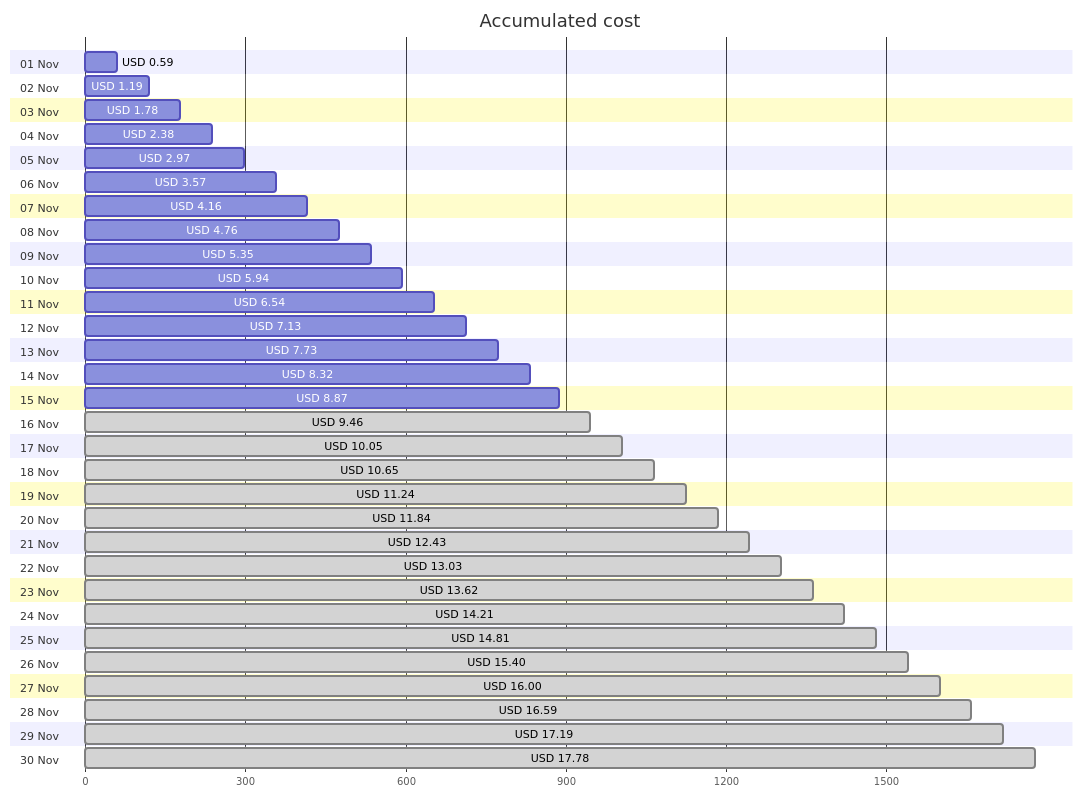
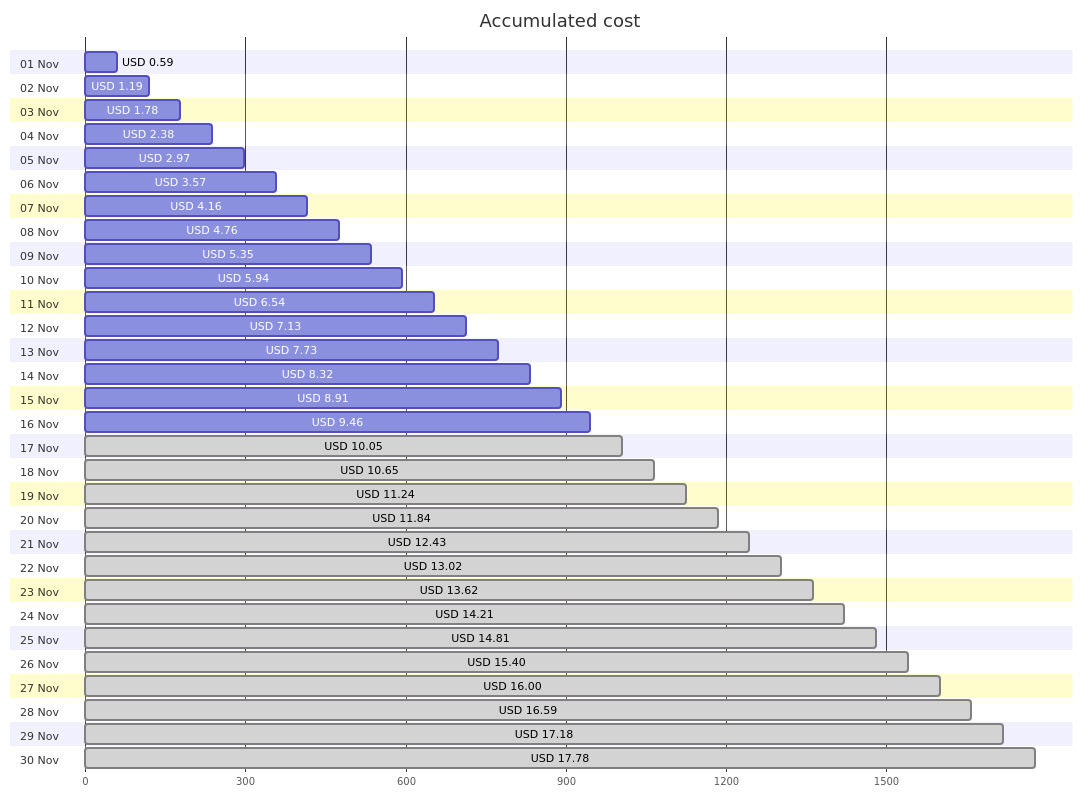
Before and after one commit to jpfulton/azure-personal-reports: the first of 4 diagrams in cost-reports/personal-site/README.md, drawn with Mermaid. The commit also changed other lines of this file and 6 other files, not shown here.

````diff
--- a/cost-reports/personal-site/README.md
+++ b/cost-reports/personal-site/README.md
@@ -20,66 +20,66 @@
 ```mermaid
 gantt
    title Accumulated cost
    dateFormat  X
    axisFormat %s
    section 01 Nov
    USD 0.59 :0, 59
    section 02 Nov
    USD 1.19 :0, 119
    section 03 Nov
    USD 1.78 :0, 178
    section 04 Nov
    USD 2.38 :0, 238
    section 05 Nov
    USD 2.97 :0, 297
    section 06 Nov
    USD 3.57 :0, 357
    section 07 Nov
    USD 4.16 :0, 416
    section 08 Nov
    USD 4.76 :0, 476
    section 09 Nov
    USD 5.35 :0, 535
    section 10 Nov
    USD 5.94 :0, 594
    section 11 Nov
    USD 6.54 :0, 654
    section 12 Nov
    USD 7.13 :0, 713
    section 13 Nov
    USD 7.73 :0, 773
    section 14 Nov
    USD 8.32 :0, 832
    section 15 Nov
-   USD 8.87 :0, 887
+   USD 8.91 :0, 891
    section 16 Nov
-   USD 9.46 : done, 0, 946
+   USD 9.46 :0, 946
    section 17 Nov
    USD 10.05 : done, 0, 1005
    section 18 Nov
    USD 10.65 : done, 0, 1065
    section 19 Nov
    USD 11.24 : done, 0, 1124
    section 20 Nov
    USD 11.84 : done, 0, 1184
    section 21 Nov
    USD 12.43 : done, 0, 1243
    section 22 Nov
-   USD 13.03 : done, 0, 1303
+   USD 13.02 : done, 0, 1302
    section 23 Nov
    USD 13.62 : done, 0, 1362
    section 24 Nov
    USD 14.21 : done, 0, 1421
    section 25 Nov
    USD 14.81 : done, 0, 1481
    section 26 Nov
    USD 15.40 : done, 0, 1540
    section 27 Nov
    USD 16.00 : done, 0, 1600
    section 28 Nov
    USD 16.59 : done, 0, 1659
    section 29 Nov
-   USD 17.19 : done, 0, 1719
+   USD 17.18 : done, 0, 1718
    section 30 Nov
    USD 17.78 : done, 0, 1778
 ```
````
